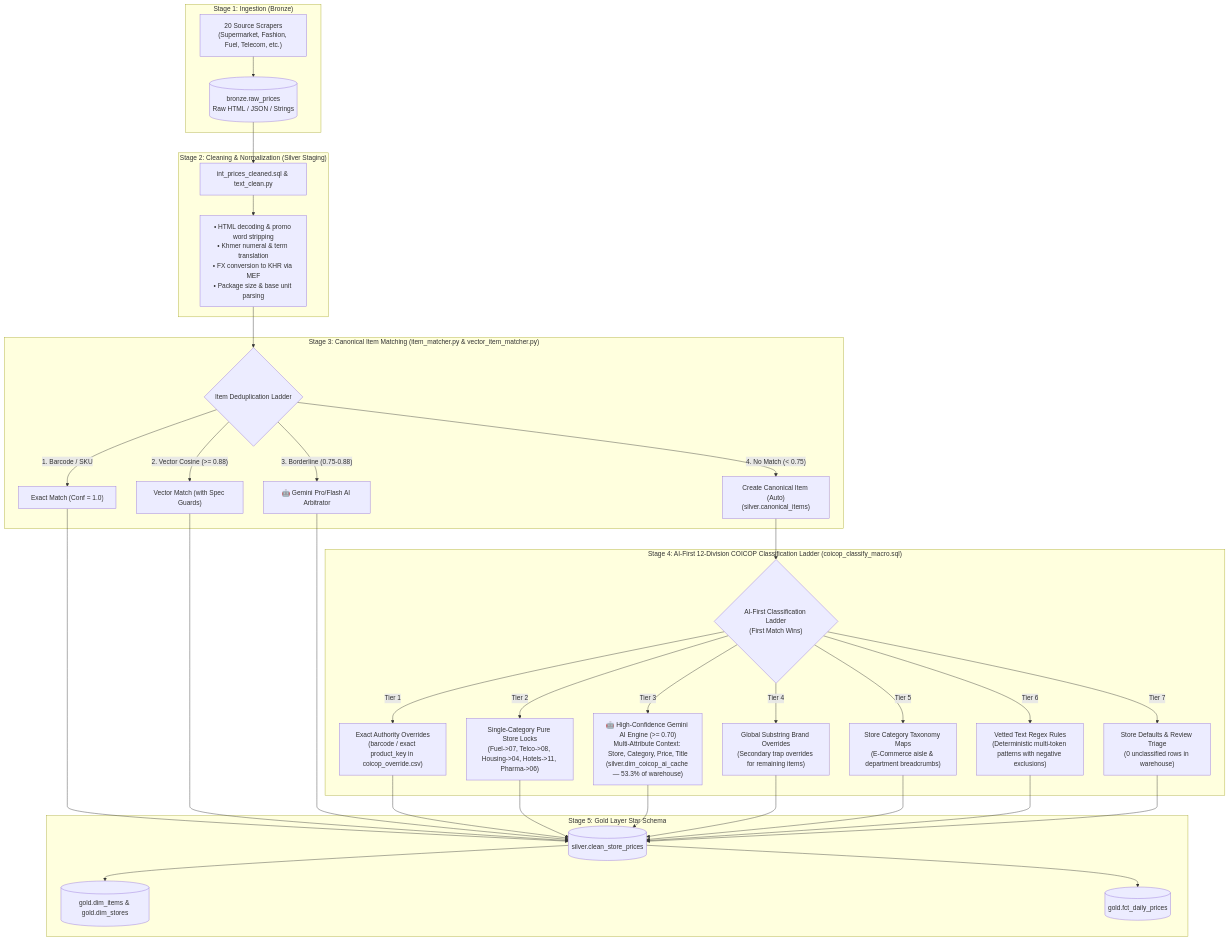
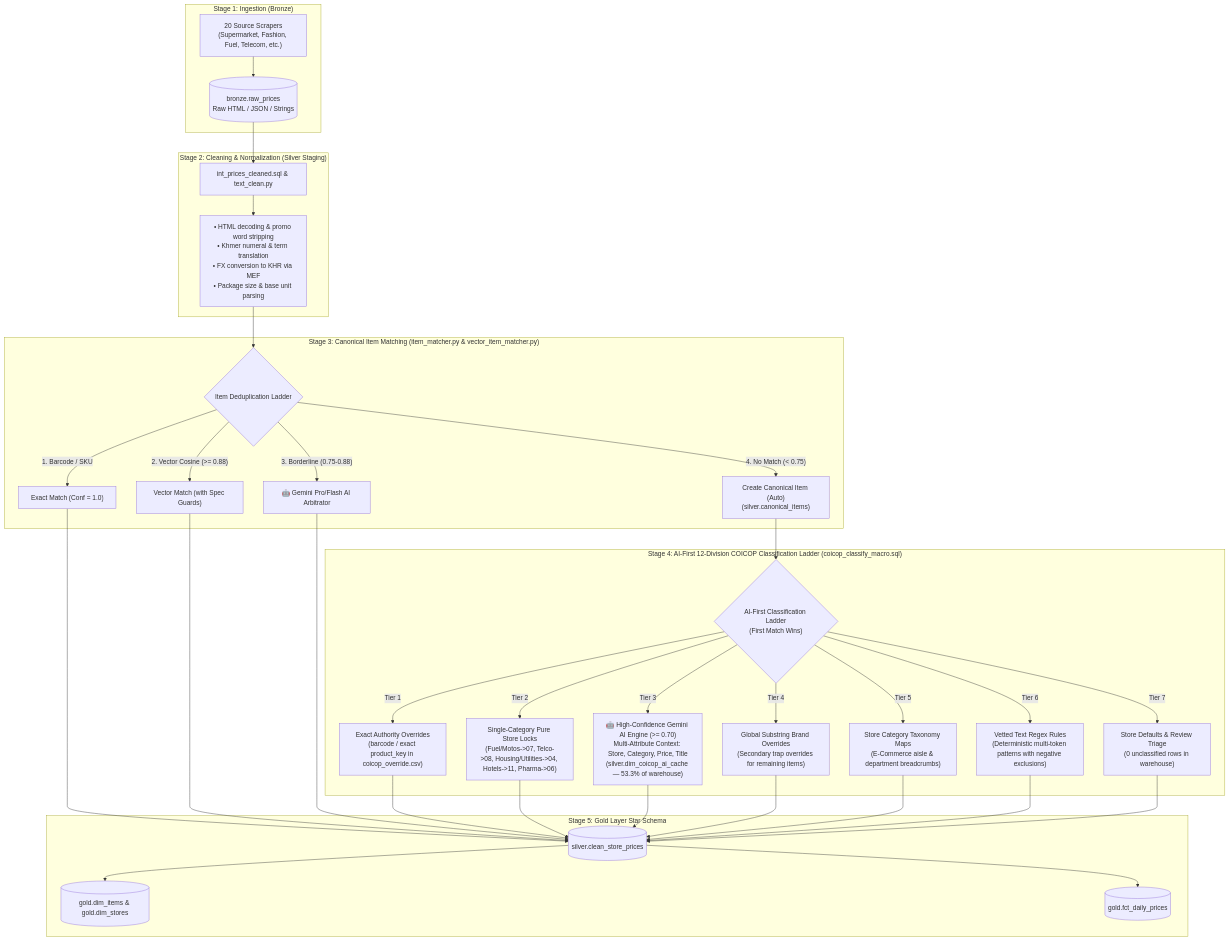
One commit to Korngmeng-Taing/Cambodia-cpi-pipeline changed the diagram in docs/PRODUCT_CLASSIFICATION_WORKFLOW.md. Above: the diagram before and after it, drawn with Mermaid. The commit also changed other lines of this file and 1 other file, not shown here.

Commit message:
docs: update documentation to reflect 25 scrapers, 18 pure store locks, and 478 passing tests

````diff
--- a/docs/PRODUCT_CLASSIFICATION_WORKFLOW.md
+++ b/docs/PRODUCT_CLASSIFICATION_WORKFLOW.md
@@ -14,36 +14,36 @@
 ```mermaid
 flowchart TD
     subgraph S1["Stage 1: Ingestion (Bronze)"]
         A["20 Source Scrapers\n(Supermarket, Fashion, Fuel, Telecom, etc.)"] --> B[("bronze.raw_prices\nRaw HTML / JSON / Strings")]
     end
 
     subgraph S2["Stage 2: Cleaning & Normalization (Silver Staging)"]
         B --> C["int_prices_cleaned.sql & text_clean.py"]
         C --> C1["• HTML decoding & promo word stripping\n• Khmer numeral & term translation\n• FX conversion to KHR via MEF\n• Package size & base unit parsing"]
     end
 
     subgraph S3["Stage 3: Canonical Item Matching (item_matcher.py & vector_item_matcher.py)"]
         C1 --> D{"Item Deduplication Ladder"}
         D -- "1. Barcode / SKU" --> E["Exact Match (Conf = 1.0)"]
         D -- "2. Vector Cosine (>= 0.88)" --> F["Vector Match (with Spec Guards)"]
         D -- "3. Borderline (0.75-0.88)" --> F1["🤖 Gemini Pro/Flash AI Arbitrator"]
         D -- "4. No Match (< 0.75)" --> G["Create Canonical Item (Auto)\n(silver.canonical_items)"]
     end
 
     subgraph S4["Stage 4: AI-First 12-Division COICOP Classification Ladder (coicop_classify_macro.sql)"]
         G --> H{"AI-First Classification Ladder\n(First Match Wins)"}
         H -- "Tier 1" --> I["Exact Authority Overrides\n(barcode / exact product_key in coicop_override.csv)"]
-        H -- "Tier 2" --> I2["Single-Category Pure Store Locks\n(Fuel->07, Telco->08, Housing->04, Hotels->11, Pharma->06)"]
+        H -- "Tier 2" --> I2["Single-Category Pure Store Locks\n(Fuel/Motos->07, Telco->08, Housing/Utilities->04, Hotels->11, Pharma->06)"]
         H -- "Tier 3" --> M["🤖 High-Confidence Gemini AI Engine (>= 0.70)\nMulti-Attribute Context: Store, Category, Price, Title\n(silver.dim_coicop_ai_cache — 53.3% of warehouse)"]
         H -- "Tier 4" --> J["Global Substring Brand Overrides\n(Secondary trap overrides for remaining items)"]
         H -- "Tier 5" --> K["Store Category Taxonomy Maps\n(E-Commerce aisle & department breadcrumbs)"]
         H -- "Tier 6" --> L["Vetted Text Regex Rules\n(Deterministic multi-token patterns with negative exclusions)"]
         H -- "Tier 7" --> N["Store Defaults & Review Triage\n(0 unclassified rows in warehouse)"]
     end
 
     subgraph S7["Stage 5: Gold Layer Star Schema"]
         E & F & F1 & I & I2 & M & J & K & L & N --> T[("silver.clean_store_prices")]
         T --> U[("gold.dim_items & gold.dim_stores")]
         T --> V[("gold.fct_daily_prices")]
     end
 ```
````
